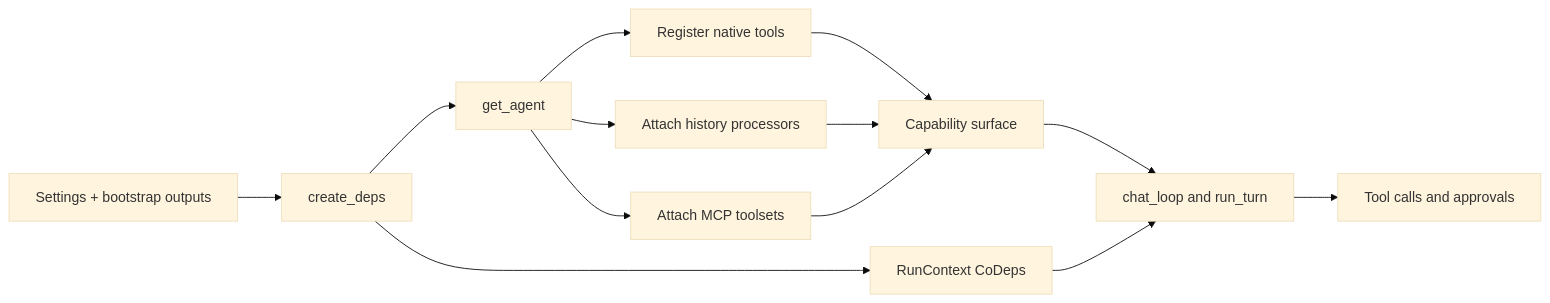
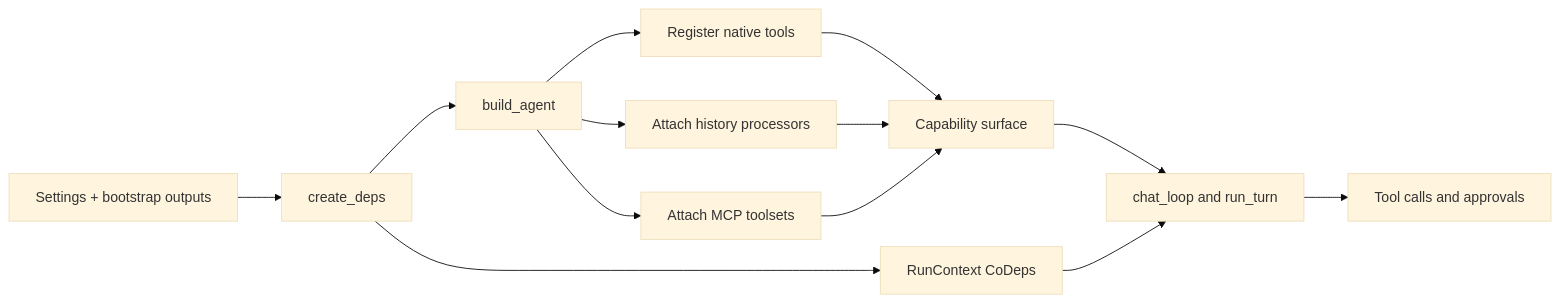
One commit to binlecode/co-cli changed the second of 4 diagrams in docs/DESIGN-system.md. Above: the diagram before and after it, drawn with Mermaid (base theme). The commit also changed other lines of this file and 75 other files, not shown here.

````diff
--- a/docs/DESIGN-system.md
+++ b/docs/DESIGN-system.md
@@ -133,15 +133,15 @@
 ```mermaid
 flowchart LR
     A[Settings + bootstrap outputs] --> B[create_deps]
-    B --> C[get_agent]
+    B --> C[build_agent]
     C --> D[Register native tools]
     C --> E[Attach history processors]
     C --> F[Attach MCP toolsets]
     D --> G[Capability surface]
     E --> G
     F --> G
     B --> H[RunContext CoDeps]
     G --> I[chat_loop and run_turn]
     H --> I
     I --> J[Tool calls and approvals]
 ```
````
